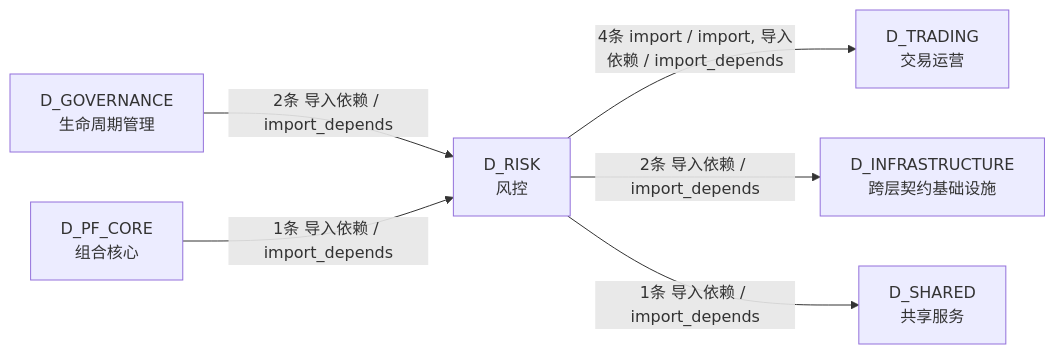
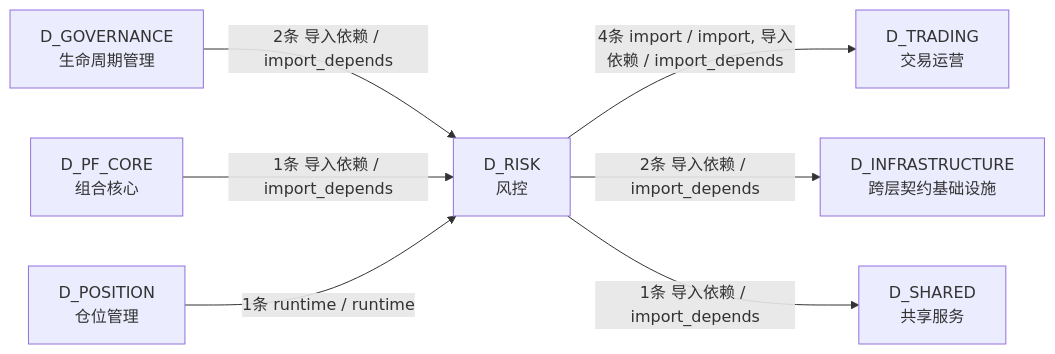
The third of 3 diagrams in docs/02_enterprise_architecture/02_domain_architecture_docs/65_d_risk.md (xuanFelixVan/ZephyrAlpha), drawn with Mermaid before and after one commit. The commit also changed other lines of this file and 50 other files, not shown here.

````diff
--- a/docs/02_enterprise_architecture/02_domain_architecture_docs/65_d_risk.md
+++ b/docs/02_enterprise_architecture/02_domain_architecture_docs/65_d_risk.md
@@ -208,14 +208,16 @@
 ```mermaid
 graph LR
     D_RISK["D_RISK<br/>风控"]
     D_TRADING["D_TRADING<br/>交易运营"]
     D_INFRASTRUCTURE["D_INFRASTRUCTURE<br/>跨层契约基础设施"]
     D_SHARED["D_SHARED<br/>共享服务"]
     D_GOVERNANCE["D_GOVERNANCE<br/>生命周期管理"]
     D_PF_CORE["D_PF_CORE<br/>组合核心"]
+    D_POSITION["D_POSITION<br/>仓位管理"]
     D_RISK -->|4条 import / import, 导入依赖 / import_depends| D_TRADING
     D_RISK -->|2条 导入依赖 / import_depends| D_INFRASTRUCTURE
     D_RISK -->|1条 导入依赖 / import_depends| D_SHARED
     D_GOVERNANCE -->|2条 导入依赖 / import_depends| D_RISK
     D_PF_CORE -->|1条 导入依赖 / import_depends| D_RISK
+    D_POSITION -->|1条 runtime / runtime| D_RISK
 ```
````
